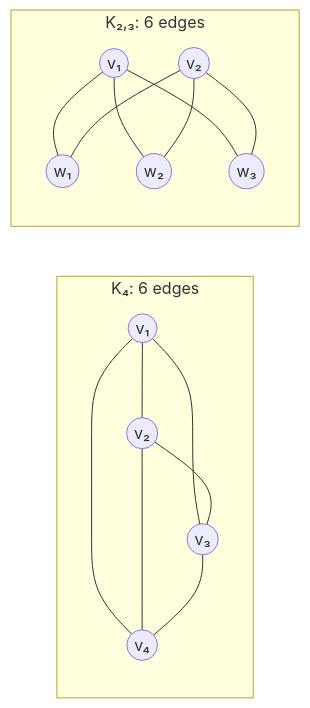
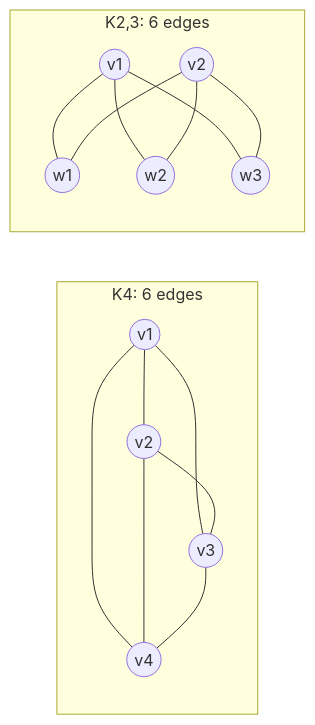
One commit to Choroning/25Fall_Discrete-Mathematics changed the eighth of 10 diagrams in Lecture-Notes/Ch09_Counting-and-Probability/Concepts_Lecture.md. Above: the diagram before and after it, drawn with Mermaid. The commit also changed other lines of this file and 37 other files, not shown here.

````diff
--- a/Lecture-Notes/Ch09_Counting-and-Probability/Concepts_Lecture.md
+++ b/Lecture-Notes/Ch09_Counting-and-Probability/Concepts_Lecture.md
@@ -949,19 +951,19 @@
 ```mermaid
 graph LR
-    subgraph K4["K₄: 6 edges"]
-        a1(("v₁")) --- a2(("v₂"))
-        a1 --- a3(("v₃"))
-        a1 --- a4(("v₄"))
+    subgraph K4["K4: 6 edges"]
+        a1(("v1")) --- a2(("v2"))
+        a1 --- a3(("v3"))
+        a1 --- a4(("v4"))
         a2 --- a3
         a2 --- a4
         a3 --- a4
     end
-    subgraph K23["K₂,₃: 6 edges"]
-        b1(("v₁")) --- w1(("w₁"))
-        b1 --- w2(("w₂"))
-        b1 --- w3(("w₃"))
-        b2(("v₂")) --- w1
+    subgraph K23["K2,3: 6 edges"]
+        b1(("v1")) --- w1(("w1"))
+        b1 --- w2(("w2"))
+        b1 --- w3(("w3"))
+        b2(("v2")) --- w1
         b2 --- w2
         b2 --- w3
     end
 ```
````
